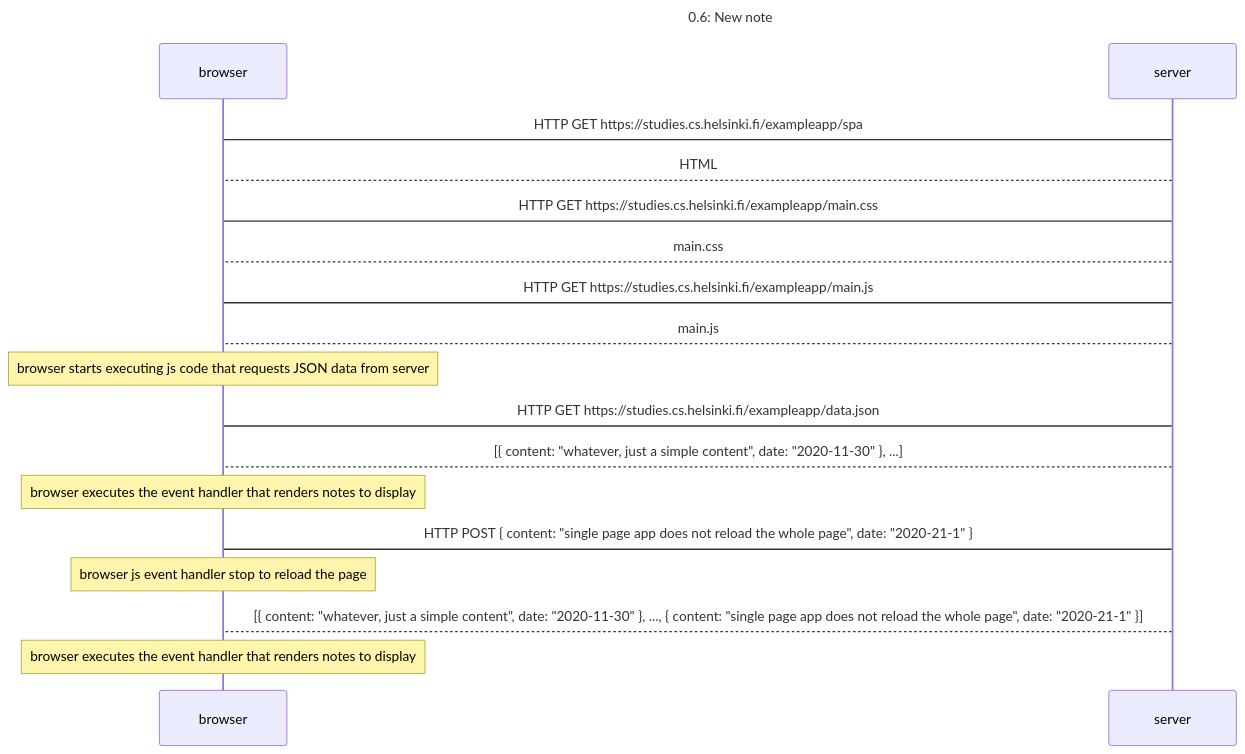
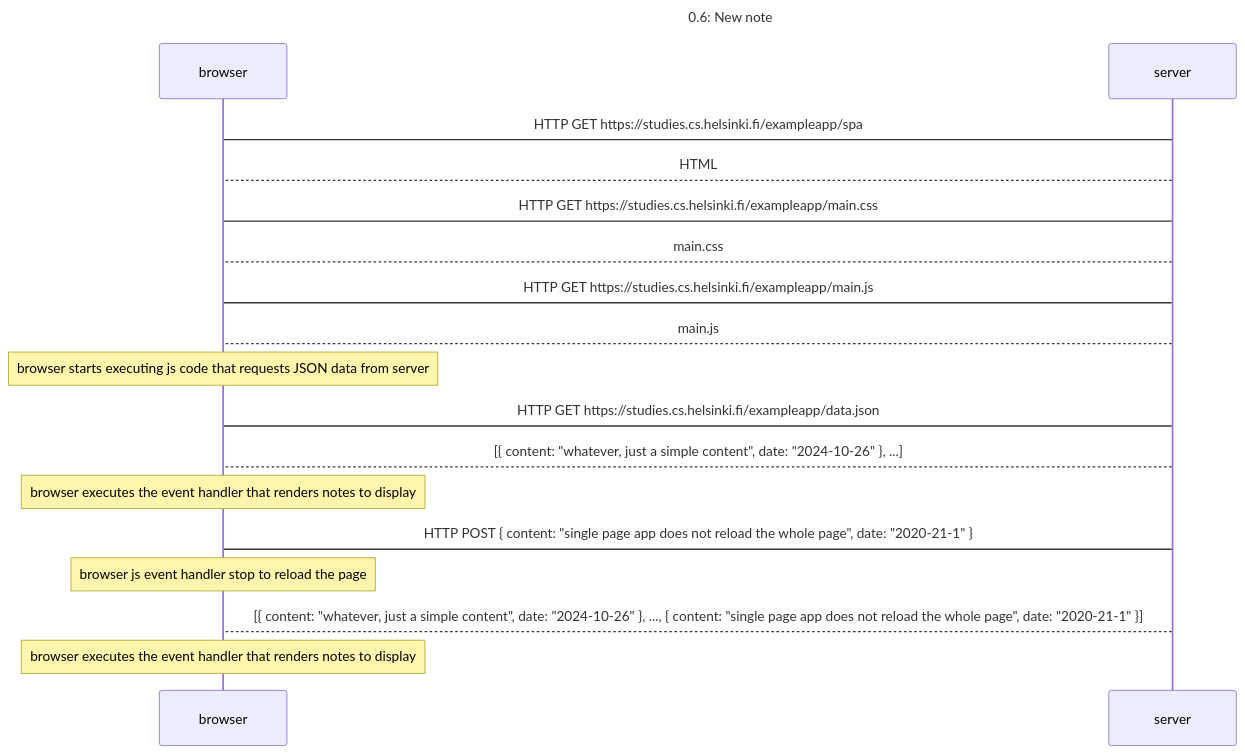
The diagram in part0/0.6.md (Ash6500/FullstackOpen), drawn with Mermaid before and after one commit.

Commit message:
part0 exercises completed

````diff
--- a/part0/0.6.md
+++ b/part0/0.6.md
@@ -3,26 +3,26 @@
 ```mermaid
 sequenceDiagram
     Title: 0.6: New note
 
     browser->server: HTTP GET https://studies.cs.helsinki.fi/exampleapp/spa
     server-->browser: HTML
     browser->server: HTTP GET https://studies.cs.helsinki.fi/exampleapp/main.css
     server-->browser: main.css
     browser->server: HTTP GET https://studies.cs.helsinki.fi/exampleapp/main.js
     server-->browser: main.js
 
     note over browser: browser starts executing js code that requests JSON data from server
 
     browser->server: HTTP GET https://studies.cs.helsinki.fi/exampleapp/data.json
-    server-->browser: [{ content: "whatever, just a simple content", date: "2020-11-30" }, ...]
+    server-->browser: [{ content: "whatever, just a simple content", date: "2024-10-26" }, ...]
 
     note over browser: browser executes the event handler that renders notes to display
 
     browser->server: HTTP POST { content: "single page app does not reload the whole page", date: "2020-21-1" }
 
     note over browser: browser js event handler stop to reload the page
 
-    server-->browser: [{ content: "whatever, just a simple content", date: "2020-11-30" }, ..., { content: "single page app does not reload the whole page", date: "2020-21-1" }]
+    server-->browser: [{ content: "whatever, just a simple content", date: "2024-10-26" }, ..., { content: "single page app does not reload the whole page", date: "2020-21-1" }]
 
     note over browser: browser executes the event handler that renders notes to display
 ```
````
